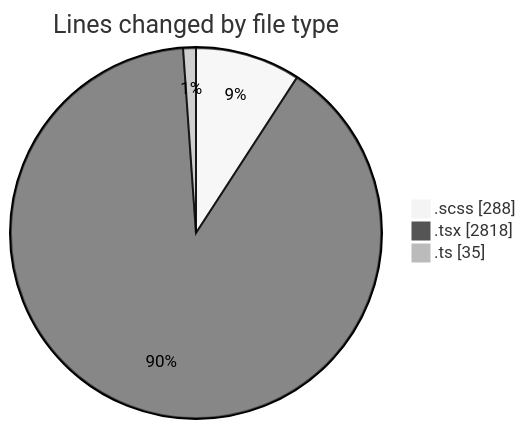
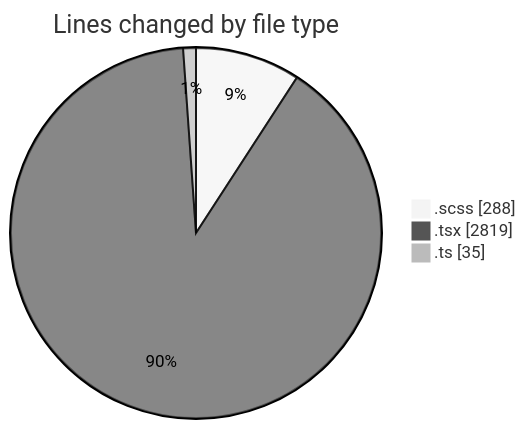
One commit to momahboobian/code-tracking changed the first of 2 diagrams in 2025-02-10/cda/README.md. Above: the diagram before and after it, drawn with Mermaid (neutral theme). The commit also changed other lines of this file and 1 other file, not shown here.

````diff
--- a/2025-02-10/cda/README.md
+++ b/2025-02-10/cda/README.md
@@ -25,7 +25,7 @@
 ```mermaid
 pie showData
 title Lines changed by file type
 ".scss" : 288
-".tsx" : 2818
+".tsx" : 2819
 ".ts" : 35
 ```
````
